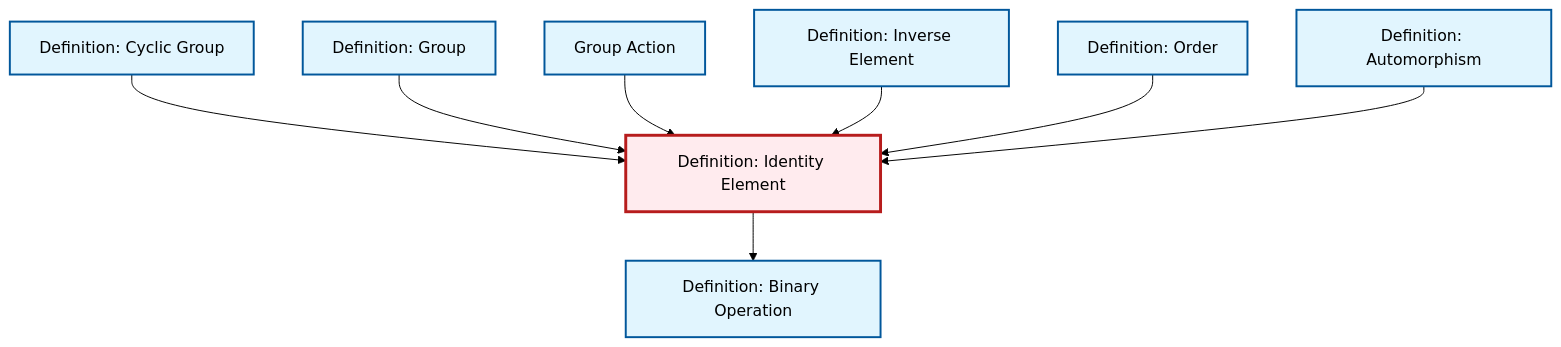
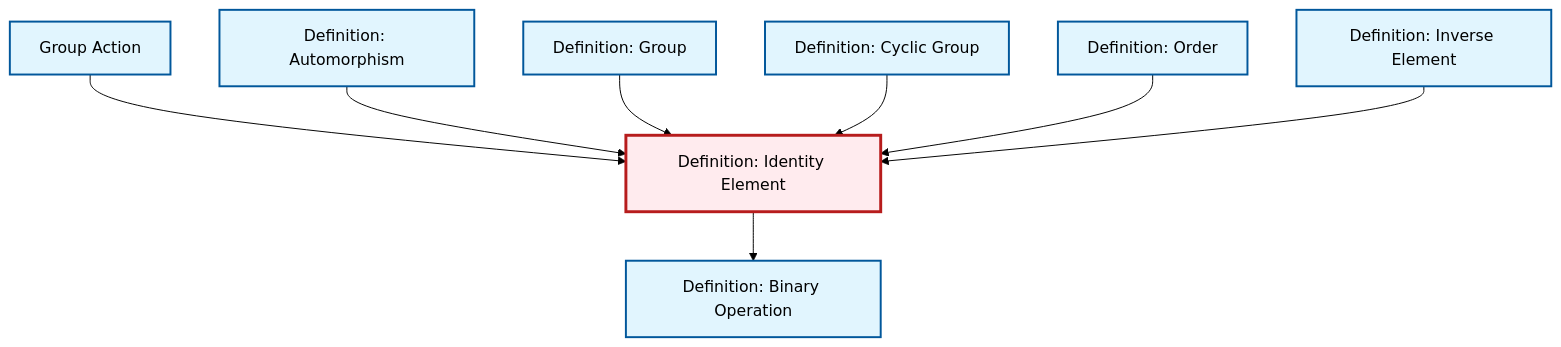
One commit to RK0429/ModernMath changed the diagram in content/en/algebra/def-identity-element.qmd. Above: the diagram before and after it, drawn with Mermaid (forest theme). The commit also changed other lines of this file and 597 other files, not shown here.

````diff
--- a/content/en/algebra/def-identity-element.qmd
+++ b/content/en/algebra/def-identity-element.qmd
@@ -77,32 +77,32 @@
 ```{mermaid}
 %%| fig-cap: "Local dependency graph"
 graph TD
     classDef definition fill:#e1f5fe,stroke:#01579b,stroke-width:2px
     classDef theorem fill:#f3e5f5,stroke:#4a148c,stroke-width:2px
     classDef axiom fill:#fff3e0,stroke:#e65100,stroke-width:2px
     classDef example fill:#e8f5e9,stroke:#1b5e20,stroke-width:2px
     classDef current fill:#ffebee,stroke:#b71c1c,stroke-width:3px
-    def-binary-operation["Definition: Binary Operation"]:::definition
+    def-identity-element["Definition: Identity Element"]:::definition
     def-order["Definition: Order"]:::definition
     def-group-action["Group Action"]:::definition
+    def-cyclic-group["Definition: Cyclic Group"]:::definition
     def-inverse-element["Definition: Inverse Element"]:::definition
-    def-identity-element["Definition: Identity Element"]:::definition
-    def-cyclic-group["Definition: Cyclic Group"]:::definition
+    def-automorphism["Definition: Automorphism"]:::definition
     def-group["Definition: Group"]:::definition
-    def-automorphism["Definition: Automorphism"]:::definition
+    def-binary-operation["Definition: Binary Operation"]:::definition
+    def-group-action --> def-identity-element
+    def-automorphism --> def-identity-element
+    def-group --> def-identity-element
+    def-identity-element --> def-binary-operation
     def-cyclic-group --> def-identity-element
-    def-identity-element --> def-binary-operation
-    def-group --> def-identity-element
-    def-group-action --> def-identity-element
+    def-order --> def-identity-element
     def-inverse-element --> def-identity-element
-    def-order --> def-identity-element
-    def-automorphism --> def-identity-element
     class def-identity-element current
-    click def-binary-operation "def-binary-operation.html" "Go to Binary Operation definition"
     click def-order "def-order.html" "Go to Order definition"
     click def-group-action "def-group-action.html" "Go to Group Action"
+    click def-cyclic-group "def-cyclic-group.html" "Go to Cyclic Group definition"
     click def-inverse-element "def-inverse-element.html" "Go to Inverse Element definition"
-    click def-cyclic-group "def-cyclic-group.html" "Go to Cyclic Group definition"
+    click def-automorphism "def-automorphism.html" "Go to Automorphism definition"
     click def-group "def-group.html" "Go to Group definition"
-    click def-automorphism "def-automorphism.html" "Go to Automorphism definition"
+    click def-binary-operation "def-binary-operation.html" "Go to Binary Operation definition"
 ```
````
